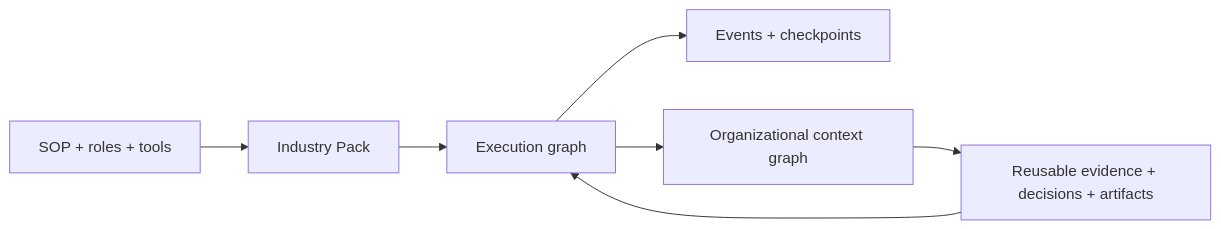
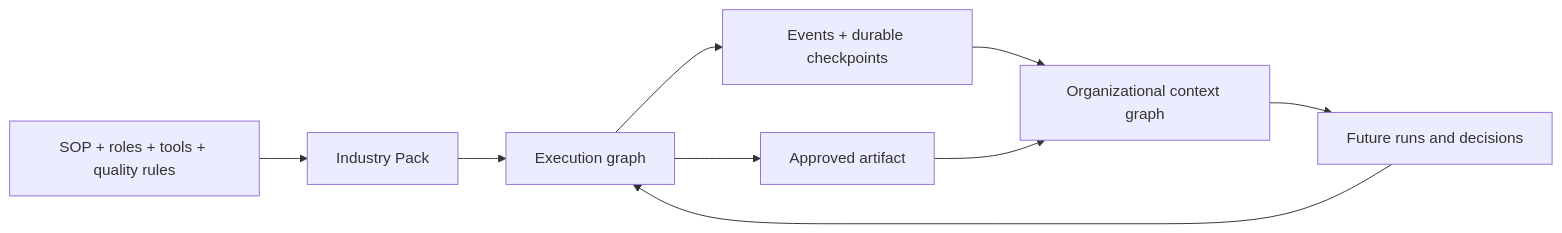
The diagram in README.md (AngryKarl/graph-native-workbench), drawn with Mermaid before and after one commit. The commit also changed other lines of this file and 47 other files, not shown here.

Commit message:
release: prepare Graph Workbench 0.4.0 (#27)

````diff
--- a/README.md
+++ b/README.md
@@ -16,9 +142,11 @@
 ```mermaid
 flowchart LR
-  SOP["SOP + roles + tools"] --> Pack["Industry Pack"]
+  SOP["SOP + roles + tools + quality rules"] --> Pack["Industry Pack"]
   Pack --> Execution["Execution graph"]
-  Execution --> Trace["Events + checkpoints"]
-  Execution --> Context["Organizational context graph"]
-  Context --> Reuse["Reusable evidence + decisions + artifacts"]
-  Reuse --> Execution
+  Execution --> Events["Events + durable checkpoints"]
+  Execution --> Artifact["Approved artifact"]
+  Events --> Context["Organizational context graph"]
+  Artifact --> Context
+  Context --> Future["Future runs and decisions"]
+  Future --> Execution
 ```
````
